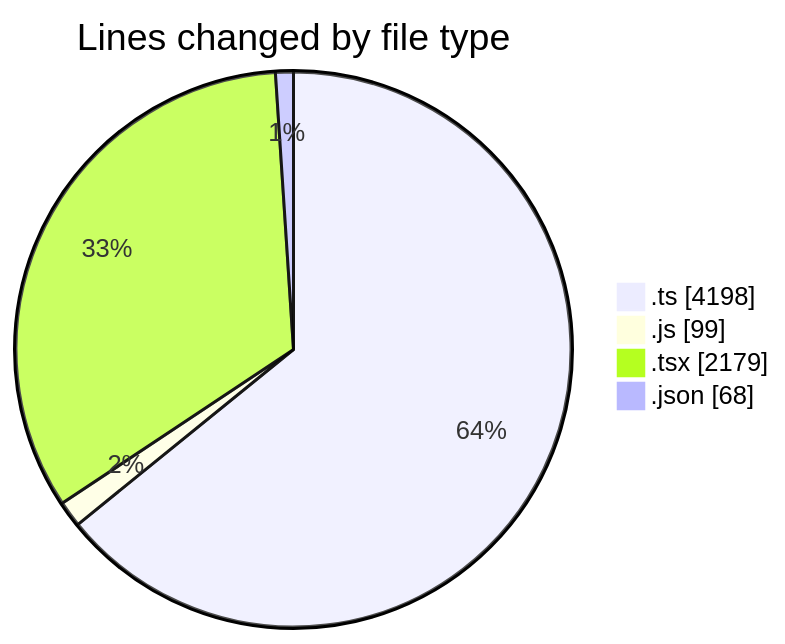
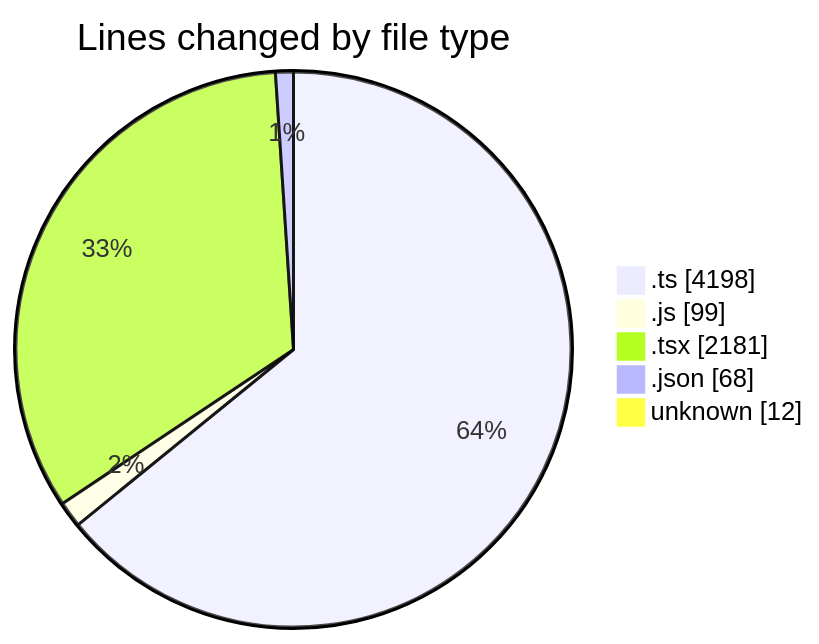
One commit to momahboobian/code-tracking changed the first of 2 diagrams in 2026-09-14/cda/README.md. Above: the diagram before and after it, drawn with Mermaid. The commit also changed other lines of this file and 1 other file, not shown here.

````diff
--- a/2026-09-14/cda/README.md
+++ b/2026-09-14/cda/README.md
@@ -47,8 +48,9 @@
 ```mermaid
 pie showData
 title Lines changed by file type
 ".ts" : 4198
 ".js" : 99
-".tsx" : 2179
+".tsx" : 2181
 ".json" : 68
+"unknown" : 12
 ```
````
